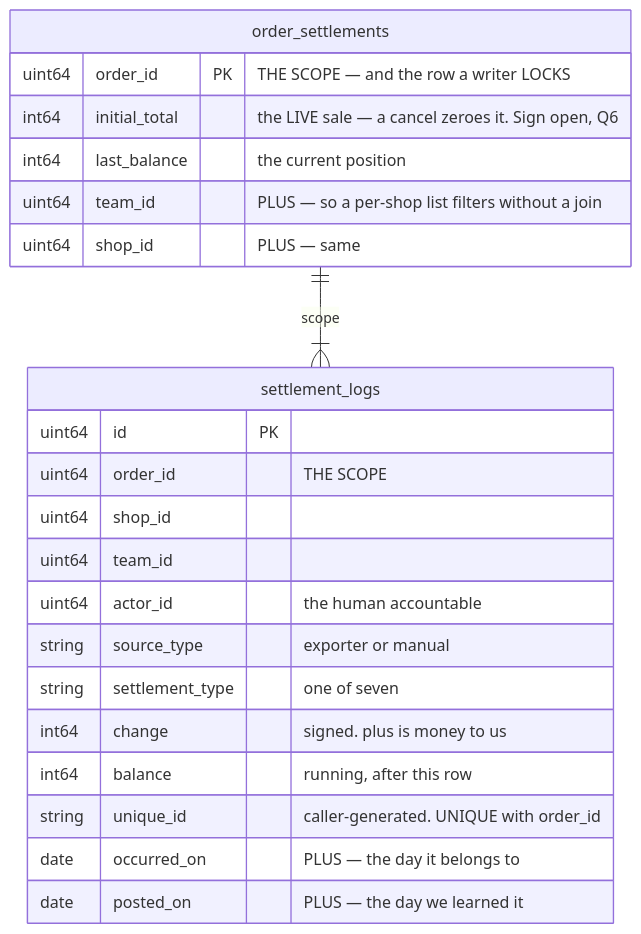
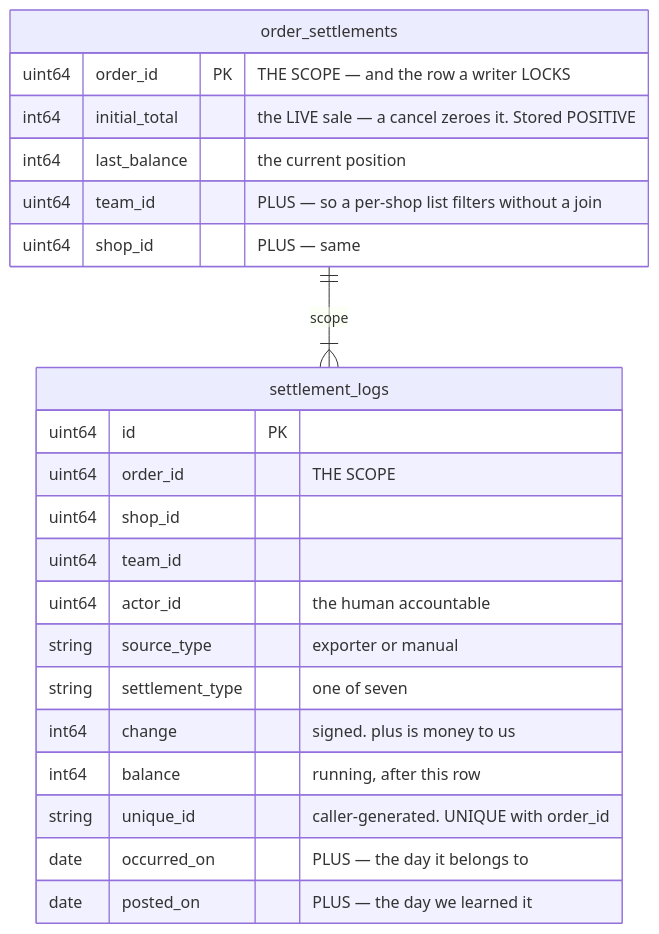
Before and after one commit to pdcgo/warehouse_revamp: the second of 12 diagrams in docs/business/settlement/context_clarify.md, drawn with Mermaid. The commit also changed other lines of this file and 12 other files, not shown here.

````diff
--- a/docs/business/settlement/context_clarify.md
+++ b/docs/business/settlement/context_clarify.md
@@ -218,27 +393,27 @@
 ```mermaid
 erDiagram
   log[settlement_logs] {
     uint64 id PK
     uint64 order_id "THE SCOPE"
     uint64 shop_id
     uint64 team_id
     uint64 actor_id "the human accountable"
     string source_type "exporter or manual"
     string settlement_type "one of seven"
     int64 change "signed. plus is money to us"
     int64 balance "running, after this row"
     string unique_id "caller-generated. UNIQUE with order_id"
     date occurred_on "PLUS — the day it belongs to"
     date posted_on "PLUS — the day we learned it"
   }
 
   st[order_settlements] {
     uint64 order_id PK "THE SCOPE — and the row a writer LOCKS"
-    int64 initial_total "the LIVE sale — a cancel zeroes it. Sign open, Q6"
+    int64 initial_total "the LIVE sale — a cancel zeroes it. Stored POSITIVE"
     int64 last_balance "the current position"
     uint64 team_id "PLUS — so a per-shop list filters without a join"
     uint64 shop_id "PLUS — same"
   }
 
   st ||--|{ log : scope
 ```
````
